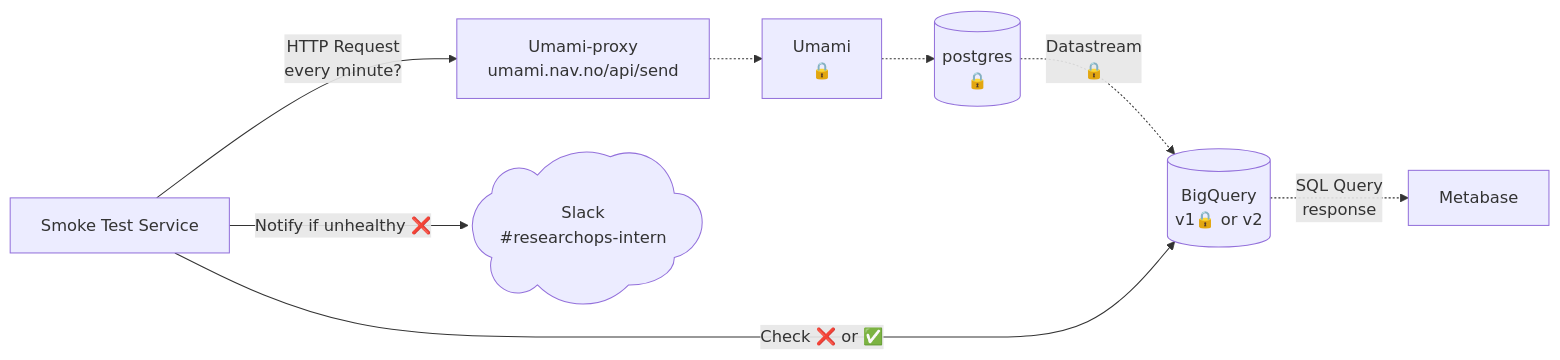
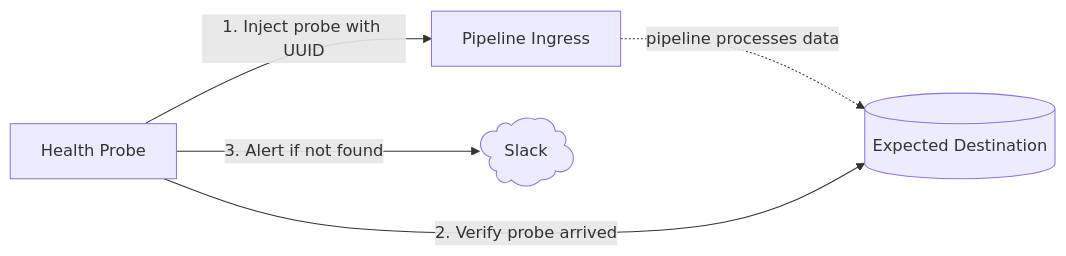
The diagram in README.md (navikt/reops-health-probe), drawn with Mermaid before and after one commit. The commit also changed other lines of this file and 16 other files, not shown here.

````diff
--- a/README.md
+++ b/README.md
@@ -18,18 +7,12 @@
 ```mermaid
 flowchart LR
-A[Smoke Test Service]
-B[Umami-proxy<br>umami.nav.no/api/send]
-C[Umami<br>🔒]
-D[(postgres<br>🔒)]
-E[(BigQuery<br>v1🔒 or v2)]
-F@{shape: cloud, label: Slack<br>#researchops-intern}
-G[Metabase]
+A[Health Probe]
+B[Pipeline Ingress]
+C[(Expected Destination)]
+D@{shape: cloud, label: Slack}
 
-A -->|HTTP Request<br>every minute?| B
-B .-> C
-C .-> D
-D .->|Datastream<br>🔒| E
-E .->|SQL Query<br>response| G
-A -->|Check ❌ or ✅| E
-A -->|Notify if unhealthy ❌| F
+A -->|1. Inject probe with UUID| B
+B -.->|pipeline processes data| C
+A -->|2. Verify probe arrived| C
+A -->|3. Alert if not found| D
 ```
````
